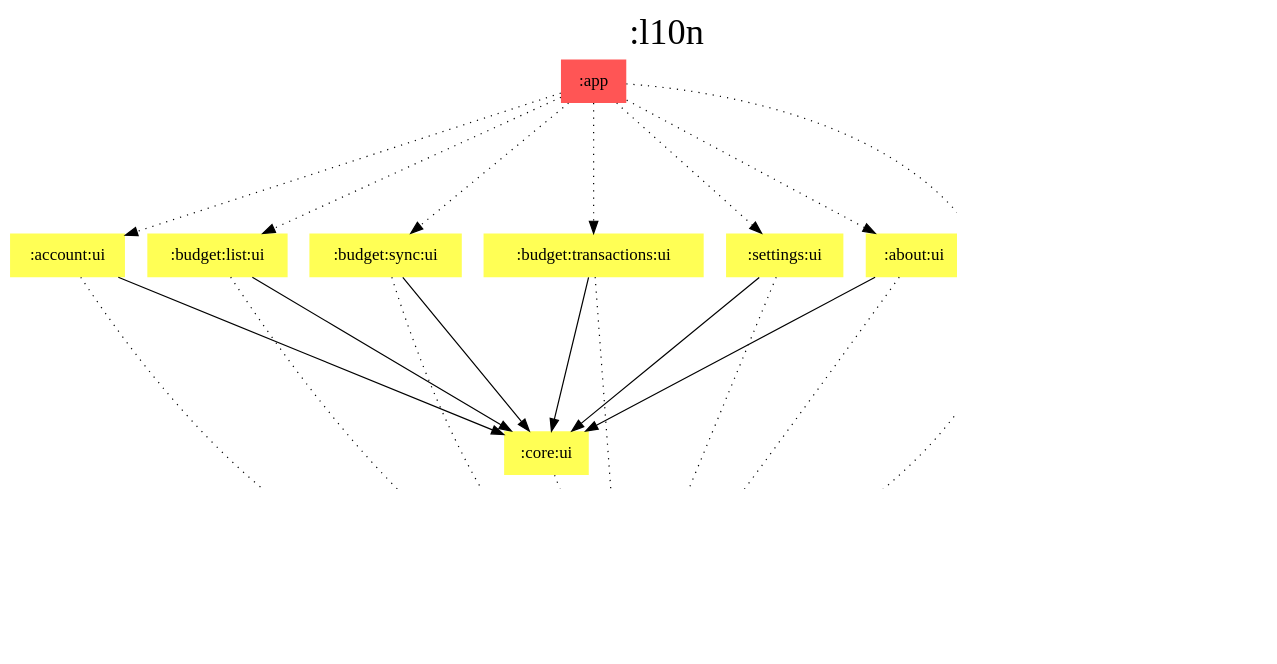
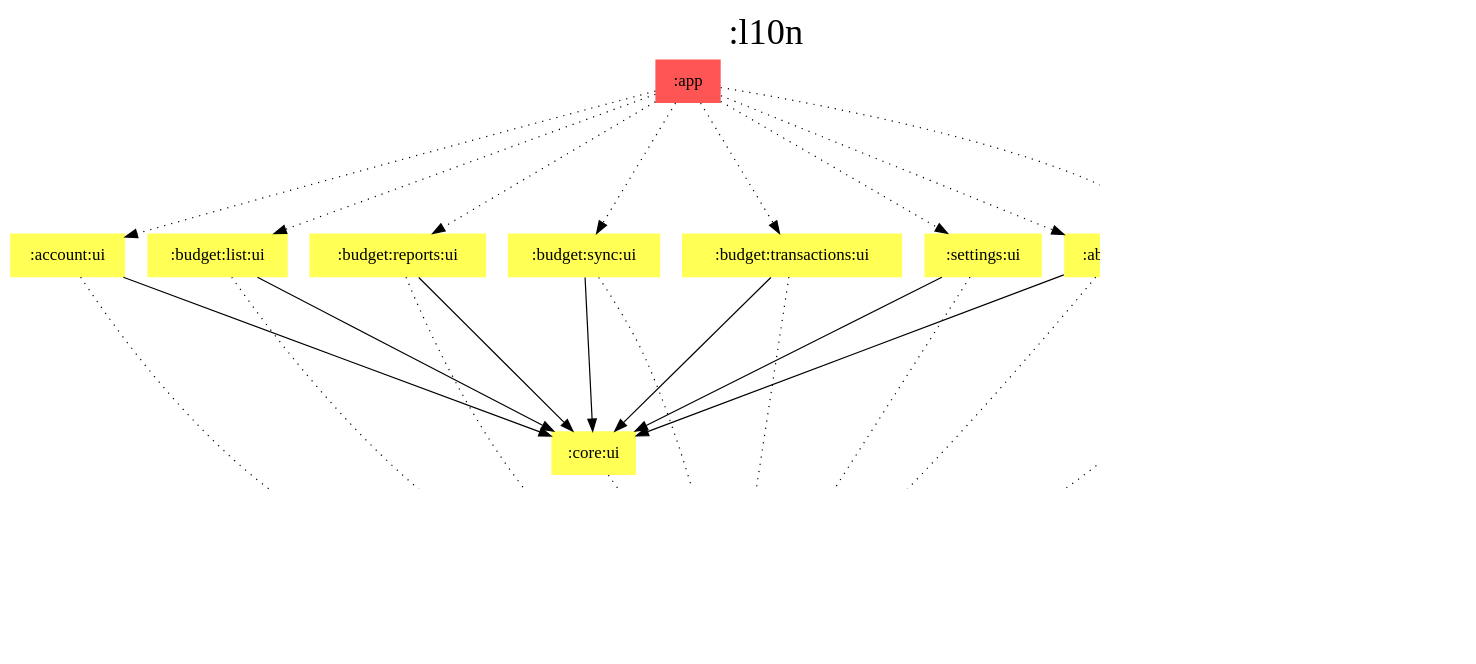
One commit to jonapoul/aktual changed the diagram in modules/l10n/modules.dot. Above: the diagram before and after it, drawn with Graphviz. The commit also changed 45 other files, not shown here.

```diff
--- a/modules/l10n/modules.dot
+++ b/modules/l10n/modules.dot
@@ -1,50 +1,54 @@
 digraph {
 edge ["dir"="forward"]
 graph ["dpi"="100","label"=":l10n","labelloc"="t","fontsize"="30","ranksep"="1.5","rankdir"="TB"]
 node ["style"="filled"]
 ":about:ui" ["fillcolor"="#FFFF55","shape"="none"]
 ":account:ui" ["fillcolor"="#FFFF55","shape"="none"]
 ":app" ["fillcolor"="#FF5555","shape"="none"]
 ":budget:list:ui" ["fillcolor"="#FFFF55","shape"="none"]
+":budget:reports:ui" ["fillcolor"="#FFFF55","shape"="none"]
 ":budget:sync:ui" ["fillcolor"="#FFFF55","shape"="none"]
 ":budget:transactions:ui" ["fillcolor"="#FFFF55","shape"="none"]
 ":core:ui" ["fillcolor"="#FFFF55","shape"="none"]
 ":l10n" ["fillcolor"="#9D8DF1","color"="black","penwidth"="3","shape"="box"]
 ":settings:ui" ["fillcolor"="#FFFF55","shape"="none"]
 {
 edge ["dir"="none"]
 graph ["rank"="same"]
 ":l10n"
 }
 ":about:ui" -> ":core:ui"
 ":about:ui" -> ":l10n" ["style"="dotted"]
 ":account:ui" -> ":core:ui"
 ":account:ui" -> ":l10n" ["style"="dotted"]
 ":app" -> ":about:ui" ["style"="dotted"]
 ":app" -> ":account:ui" ["style"="dotted"]
 ":app" -> ":budget:list:ui" ["style"="dotted"]
+":app" -> ":budget:reports:ui" ["style"="dotted"]
 ":app" -> ":budget:sync:ui" ["style"="dotted"]
 ":app" -> ":budget:transactions:ui" ["style"="dotted"]
 ":app" -> ":l10n" ["style"="dotted"]
 ":app" -> ":settings:ui" ["style"="dotted"]
 ":budget:list:ui" -> ":core:ui"
 ":budget:list:ui" -> ":l10n" ["style"="dotted"]
+":budget:reports:ui" -> ":core:ui"
+":budget:reports:ui" -> ":l10n" ["style"="dotted"]
 ":budget:sync:ui" -> ":core:ui"
 ":budget:sync:ui" -> ":l10n" ["style"="dotted"]
 ":budget:transactions:ui" -> ":core:ui"
 ":budget:transactions:ui" -> ":l10n" ["style"="dotted"]
 ":core:ui" -> ":l10n" ["style"="dotted"]
 ":settings:ui" -> ":core:ui"
 ":settings:ui" -> ":l10n" ["style"="dotted"]
 subgraph "cluster_legend" {
 edge ["dir"="none"]
 graph ["label"="Legend","fontsize"="20"]
 "Legend" ["style"="filled","fillcolor"="#FFFFFF","shape"="none","margin"="0","fontsize"="15","label"=<
 <TABLE BORDER="0" CELLBORDER="0" CELLSPACING="0" CELLPADDING="4">
 <TR><TD>App</TD><TD BGCOLOR="#FF5555">module-name</TD></TR>
 <TR><TD>Compose</TD><TD BGCOLOR="#FFFF55">module-name</TD></TR>
 <TR><TD>Multiplatform</TD><TD BGCOLOR="#9D8DF1">module-name</TD></TR>
 </TABLE>
 >]
 } -> ":l10n" ["style"="invis"]
 }
```
